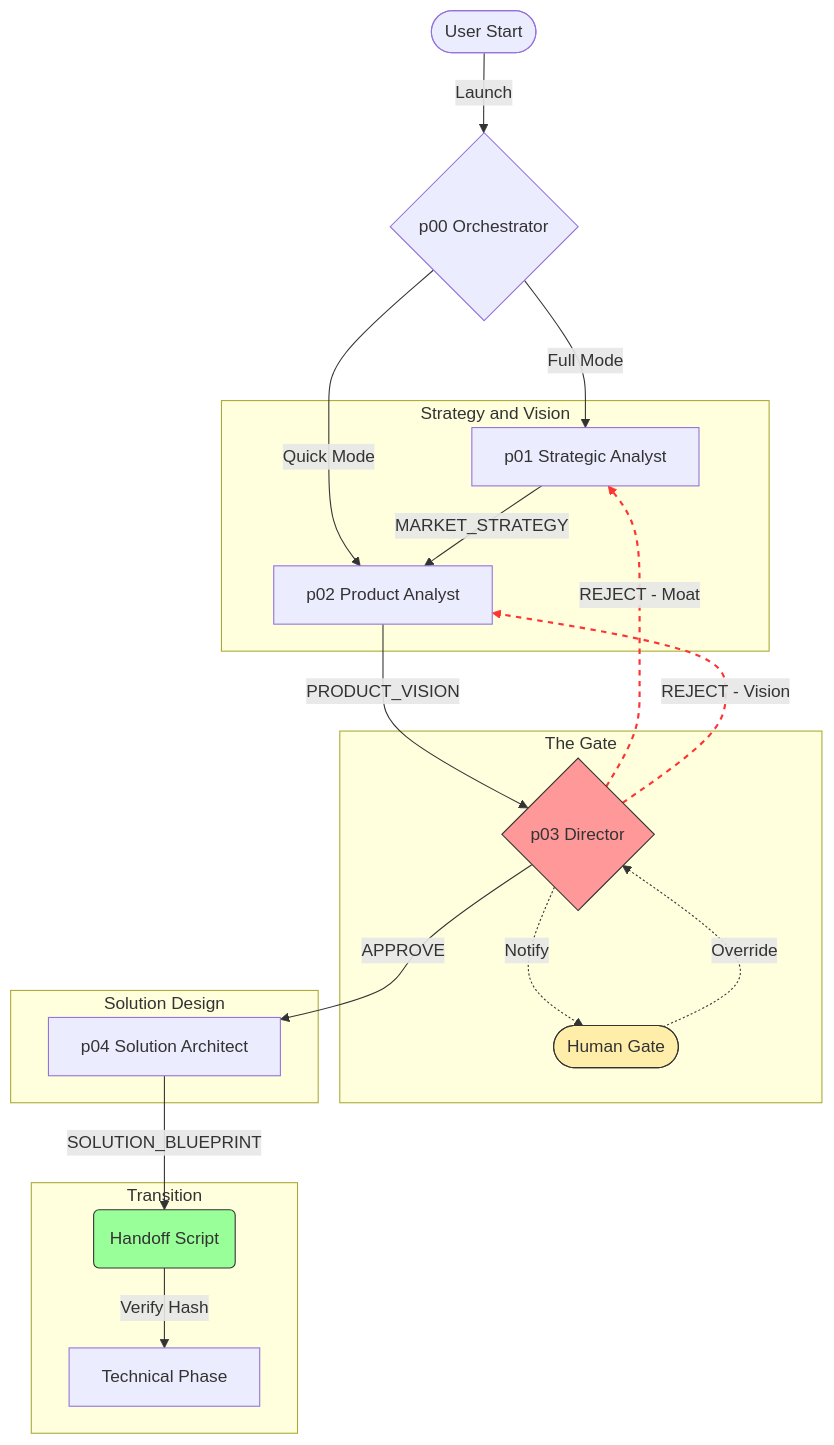
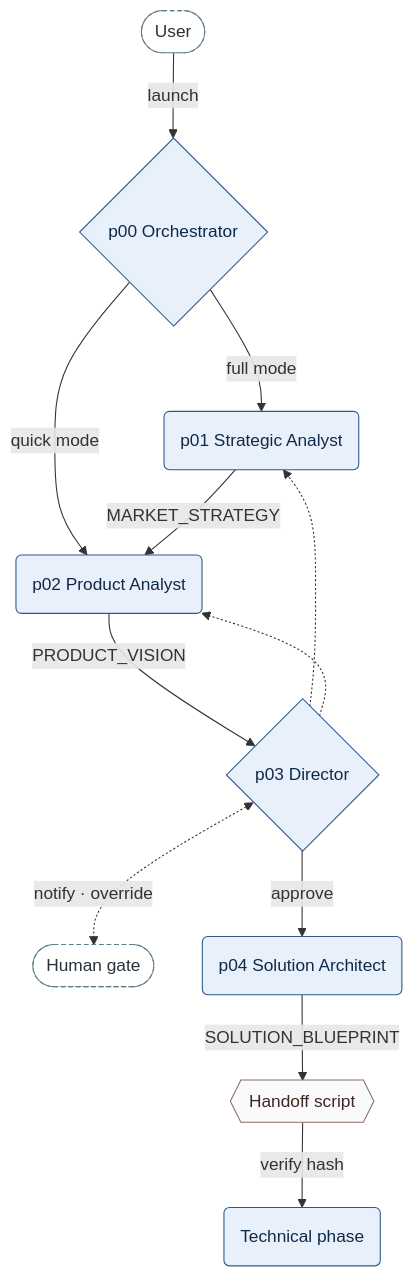
One commit to MatrixFounder/Agentic-development changed the diagram in System/Docs/PRODUCT_DEVELOPMENT.md. Above: the diagram before and after it, drawn with Mermaid. The commit also changed other lines of this file and 5 other files, not shown here.

First line of the commit message:
WI-21 done: the framework's figures pass the mermaid render check

````diff
--- a/System/Docs/PRODUCT_DEVELOPMENT.md
+++ b/System/Docs/PRODUCT_DEVELOPMENT.md
@@ -27,52 +30,32 @@
 ```mermaid
-graph TD
-    %% Nodes
-    User([User Start])
-    p00{p00 Orchestrator}
-    
-    subgraph Strat[Strategy and Vision]
-        p01[p01 Strategic Analyst]
-        p02[p02 Product Analyst]
-    end
-    
-    subgraph Gate[The Gate]
-        p03{p03 Director}
-        Human([Human Gate])
-    end
-    
-    subgraph Sol[Solution Design]
-        p04[p04 Solution Architect]
-    end
-    
-    subgraph Trans[Transition]
-        Script(Handoff Script)
-        Tech[Technical Phase]
-    end
-
-    %% Flow
-    User -->|Launch| p00
-    
-    p00 -->|Full Mode| p01
-    p00 -->|Quick Mode| p02
-    
-    p01 -->|MARKET_STRATEGY| p02
-    p02 -->|PRODUCT_VISION| p03
-    
-    p03 -.->|REJECT - Moat| p01
-    p03 -.->|REJECT - Vision| p02
-    
-    p03 -.->|Notify| Human
-    Human -.->|Override| p03
-    
-    p03 -->|APPROVE| p04
-    
-    p04 -->|SOLUTION_BLUEPRINT| Script
-    Script -->|Verify Hash| Tech
-    
-    linkStyle 5,6 stroke:#f33,stroke-width:2px,stroke-dasharray: 5 5;
-    
-    %% Styles
-    style p03 fill:#ff9999,stroke:#333
-    style Human fill:#ffeeaa,stroke:#333
-    style Script fill:#99ff99,stroke:#333
+%%{init: {"layout": "dagre", "look": "classic", "flowchart": {"nodeSpacing": 45, "rankSpacing": 55, "wrappingWidth": 400}}}%%
+flowchart TB
+  accTitle: The Product Discovery pipeline
+  accDescr: Who passes which artifact to whom, and where the Director sends the work back.
+  User(["User"])
+  p00{"p00 Orchestrator"}
+  p01("p01 Strategic Analyst")
+  p02("p02 Product Analyst")
+  p03{"p03 Director"}
+  Human(["Human gate"])
+  p04("p04 Solution Architect")
+  Script{{"Handoff script"}}
+  Tech("Technical phase")
+  User -->|launch| p00
+  p00 -->|full mode| p01
+  p00 -->|quick mode| p02
+  p01 -->|MARKET_STRATEGY| p02
+  p02 -->|PRODUCT_VISION| p03
+  p03 -.-> p01
+  p03 -.-> p02
+  p03 <-.->|"notify · override"| Human
+  p03 -->|approve| p04
+  p04 -->|SOLUTION_BLUEPRINT| Script
+  Script -->|verify hash| Tech
+  class p00,p01,p02,p03,p04,Tech wf
+  class User,Human ext
+  class Script infra
+  classDef ext fill:#FFFFFF,stroke:#607D8B,color:#263238,stroke-dasharray:4 3
+  classDef wf fill:#E8F0FB,stroke:#2E5A8A,color:#0F2A47
+  classDef infra fill:#FAFAFA,stroke:#8D6E63,color:#3E2723
 ```
````
